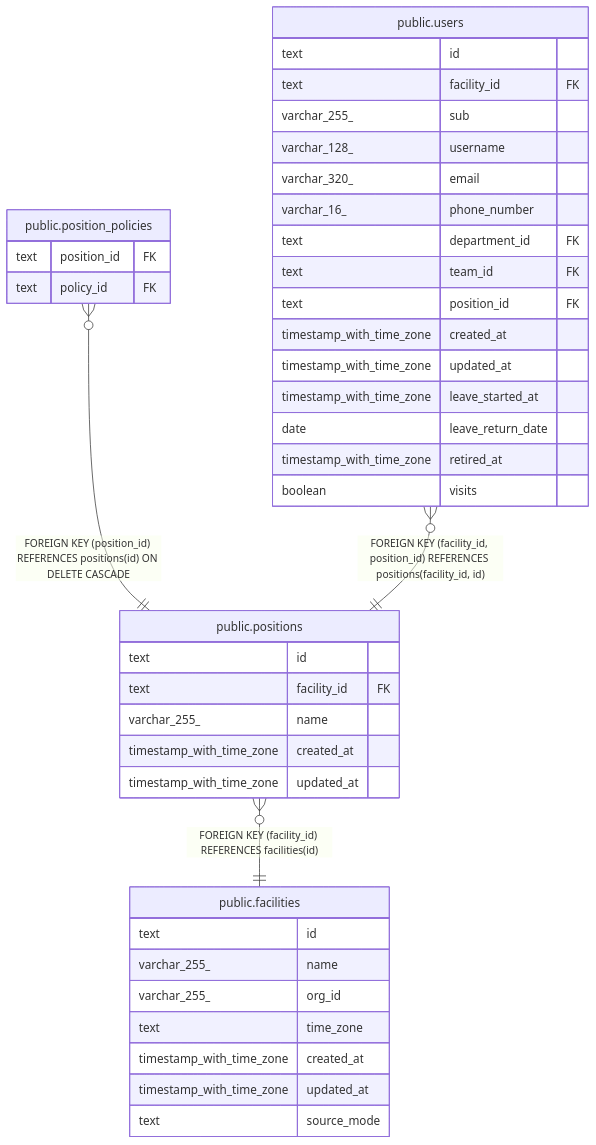
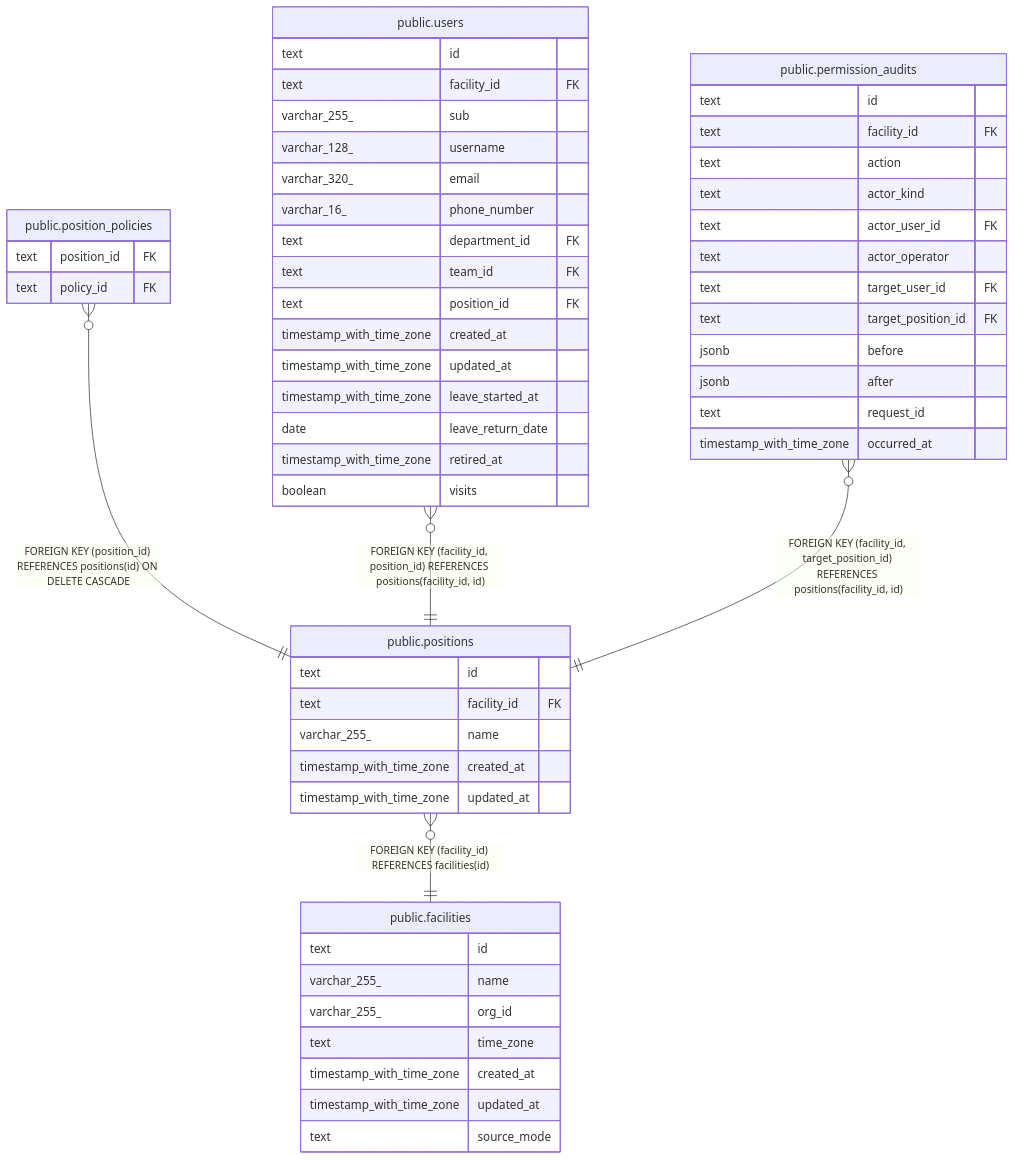
The diagram in docs/db/schedule/public.positions.md (Fukuemon/buddy), drawn with Mermaid before and after one commit. The commit also changed other lines of this file and 12 other files, not shown here.

````diff
--- a/docs/db/schedule/public.positions.md
+++ b/docs/db/schedule/public.positions.md
@@ -55,45 +55,60 @@
 ```mermaid
 erDiagram
 
 "public.position_policies" }o--|| "public.positions" : "FOREIGN KEY (position_id) REFERENCES positions(id) ON DELETE CASCADE"
 "public.users" }o--|| "public.positions" : "FOREIGN KEY (facility_id, position_id) REFERENCES positions(facility_id, id)"
+"public.permission_audits" }o--|| "public.positions" : "FOREIGN KEY (facility_id, target_position_id) REFERENCES positions(facility_id, id)"
 "public.positions" }o--|| "public.facilities" : "FOREIGN KEY (facility_id) REFERENCES facilities(id)"
 
 "public.positions" {
   text id
   text facility_id FK
   varchar_255_ name
   timestamp_with_time_zone created_at
   timestamp_with_time_zone updated_at
 }
 "public.position_policies" {
   text position_id FK
   text policy_id FK
 }
 "public.users" {
   text id
   text facility_id FK
   varchar_255_ sub
   varchar_128_ username
   varchar_320_ email
   varchar_16_ phone_number
   text department_id FK
   text team_id FK
   text position_id FK
   timestamp_with_time_zone created_at
   timestamp_with_time_zone updated_at
   timestamp_with_time_zone leave_started_at
   date leave_return_date
   timestamp_with_time_zone retired_at
   boolean visits
 }
+"public.permission_audits" {
+  text id
+  text facility_id FK
+  text action
+  text actor_kind
+  text actor_user_id FK
+  text actor_operator
+  text target_user_id FK
+  text target_position_id FK
+  jsonb before
+  jsonb after
+  text request_id
+  timestamp_with_time_zone occurred_at
+}
 "public.facilities" {
   text id
   varchar_255_ name
   varchar_255_ org_id
   text time_zone
   timestamp_with_time_zone created_at
   timestamp_with_time_zone updated_at
   text source_mode
 }
 ```
````
